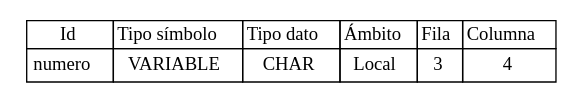
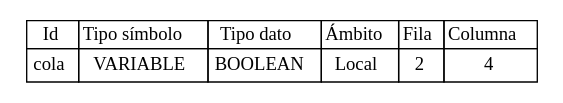
One commit to Jodyannre/COMPI2_proyecto2_2022 changed the diagram in Back/Web/tablas/tablaSimbolos.dot. Above: the diagram before and after it, drawn with Graphviz. The commit also changed 9 other files, not shown here.

```diff
--- a/Back/Web/tablas/tablaSimbolos.dot
+++ b/Back/Web/tablas/tablaSimbolos.dot
@@ -1,36 +1,36 @@
 
 	digraph {
 		tablaSimbolos [
 		  shape=plaintext
 		  label=<
 			<table border='0' cellborder='1' color='black' cellspacing='0'>
 			  <tr>
 				  <td>Id</td>
 				  <td>Tipo símbolo</td>
 				  <td>Tipo dato</td>
 				  <td>Ámbito</td>
 				  <td>Fila</td>
 				  <td>Columna</td>
 			  </tr>
 	
 <tr>
 <td cellpadding='4'>
-numero
+cola
 </td>
 <td cellpadding='4'>VARIABLE
 </td>
-<td cellpadding='4'>CHAR
+<td cellpadding='4'>BOOLEAN
 </td>
 <td cellpadding='4'>Local
 </td>
 <td cellpadding='4'>
-3
+2
 </td>
 <td cellpadding='4'>
 4
 </td>
 </tr>
 
 		</table>
 		>];
 	}
```
